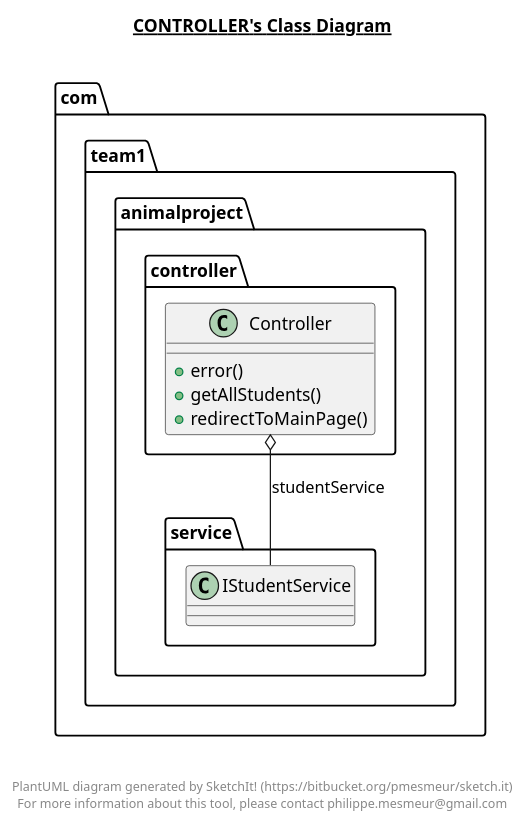
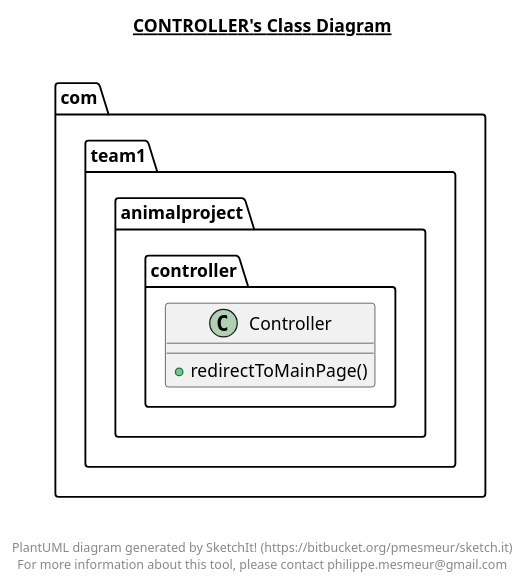
Before and after one commit to cagatayozata/AnimalCherish: the diagram in src/main/java/com/team1/animalproject/controller/controller.plantuml, drawn with PlantUML. The commit also changed 11 other files, not shown here.

```diff
--- a/src/main/java/com/team1/animalproject/controller/controller.plantuml
+++ b/src/main/java/com/team1/animalproject/controller/controller.plantuml
@@ -1,26 +1,23 @@
 @startuml
 
 title __CONTROLLER's Class Diagram__\n
 
   namespace com.team1.animalproject {
     namespace controller {
       class com.team1.animalproject.controller.Controller {
-          + error()
-          + getAllStudents()
           + redirectToMainPage()
       }
     }
   }
   
 
-  com.team1.animalproject.controller.Controller o-- com.team1.animalproject.service.IStudentService : studentService
 
 
 right footer
 
 
 PlantUML diagram generated by SketchIt! (https://bitbucket.org/pmesmeur/sketch.it)
 For more information about this tool, please contact philippe.mesmeur@gmail.com
 endfooter
 
 @enduml
```
